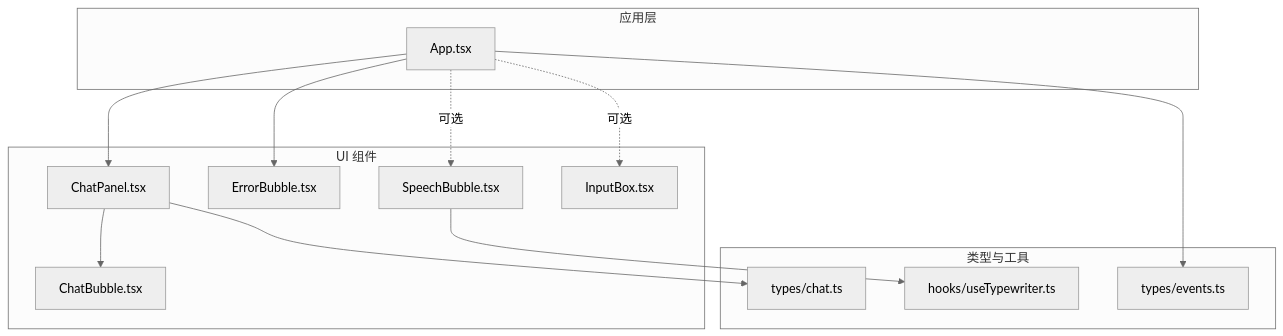
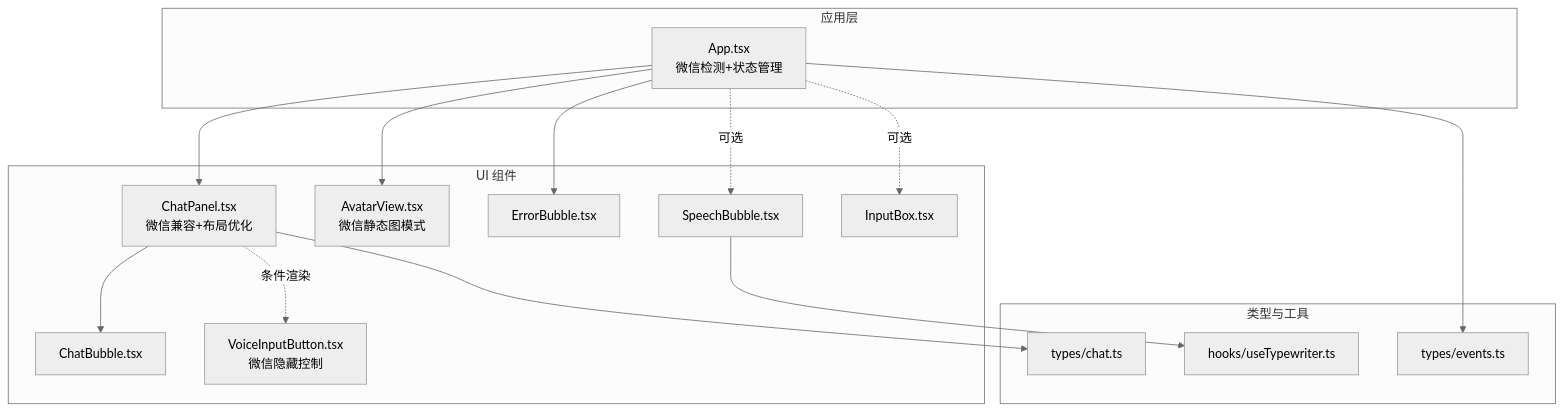
Before and after one commit to leo21cn/real-time-talk: the first of 10 diagrams in .qoder/repowiki/zh/content/前端应用/聊天界面组件.md, drawn with Mermaid (neutral theme). The commit also changed other lines of this file and 36 other files, not shown here.

````diff
--- a/.qoder/repowiki/zh/content/前端应用/聊天界面组件.md
+++ b/.qoder/repowiki/zh/content/前端应用/聊天界面组件.md
@@ -43,26 +55,30 @@
 ```mermaid
 graph TB
 subgraph "应用层"
-APP["App.tsx"]
+APP["App.tsx<br/>微信检测+状态管理"]
 end
 subgraph "UI 组件"
-CP["ChatPanel.tsx"]
+CP["ChatPanel.tsx<br/>微信兼容+布局优化"]
 CB["ChatBubble.tsx"]
 SB["SpeechBubble.tsx"]
 EB["ErrorBubble.tsx"]
 IB["InputBox.tsx"]
+AV["AvatarView.tsx<br/>微信静态图模式"]
+VIB["VoiceInputButton.tsx<br/>微信隐藏控制"]
 end
 subgraph "类型与工具"
 TCHAT["types/chat.ts"]
 TEV["types/events.ts"]
 TW["hooks/useTypewriter.ts"]
 end
 APP --> CP
+APP --> AV
 CP --> CB
+CP -.条件渲染.-> VIB
 APP --> EB
 APP -.可选.-> SB
 APP -.可选.-> IB
 CP --> TCHAT
 APP --> TEV
 SB --> TW
 ```
````
